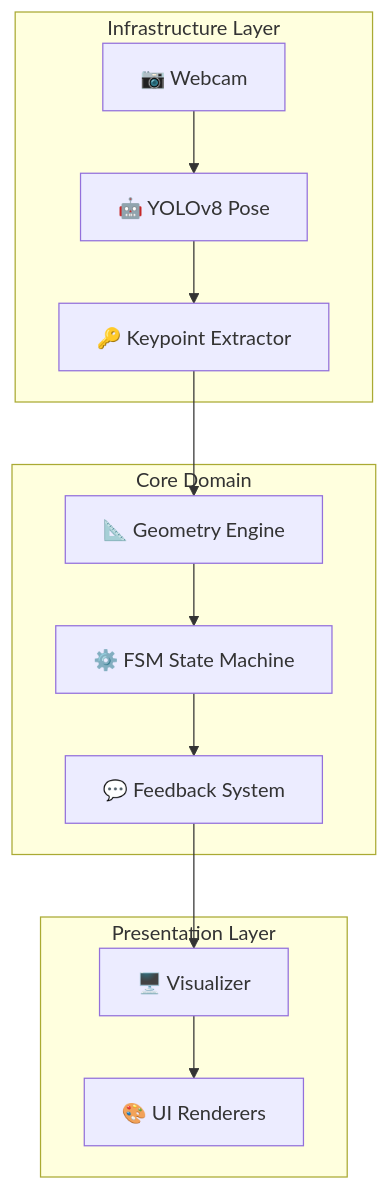
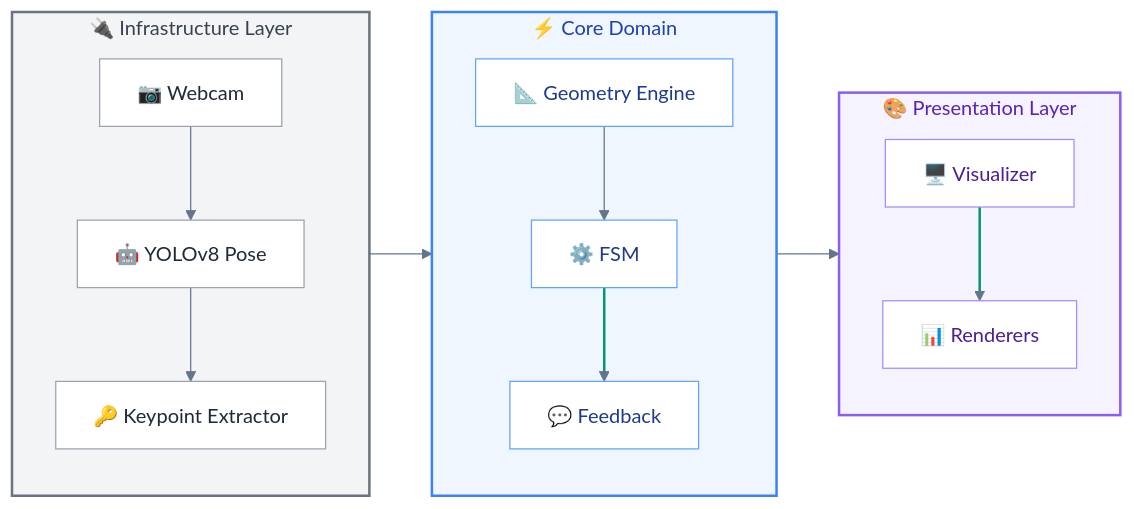
The diagram in README.md (SimoneAndreaCilia/Virtual-AI-Spotter), drawn with Mermaid before and after one commit.

Commit message:
docs: readme update data flow diagram

````diff
--- a/README.md
+++ b/README.md
@@ -59,27 +59,42 @@
 ```mermaid
-graph TD
-    A["📷 Webcam"] --> B["🤖 YOLOv8 Pose"]
-    B --> C["🔑 Keypoint Extractor"]
-    C --> D["📐 Geometry Engine"]
-    D --> E["⚙️ FSM State Machine"]
-    E --> F["💬 Feedback System"]
-    F --> G["🖥️ Visualizer"]
-    G --> H["🎨 UI Renderers"]
-    
-    subgraph "Infrastructure Layer"
-        A
-        B
-        C
+%%{init: {'theme': 'neutral'}}%%
+graph LR
+    subgraph INFRA["🔌 Infrastructure Layer"]
+        direction TB
+        A["📷 Webcam"] --> B["🤖 YOLOv8 Pose"]
+        B --> C["🔑 Keypoint Extractor"]
     end
-    
-    subgraph "Core Domain"
-        D
-        E
-        F
+
+    subgraph CORE["⚡ Core Domain"]
+        direction TB
+        D["📐 Geometry Engine"] --> E["⚙️ FSM"]
+        E --> F["💬 Feedback"]
     end
-    
-    subgraph "Presentation Layer"
-        G
-        H
+
+    subgraph UI["🎨 Presentation Layer"]
+        direction TB
+        G["🖥️ Visualizer"] --> H["📊 Renderers"]
     end
+
+    C ==> D
+    F ==> G
+
+    %% Layer styling - pastel fills, semantic strokes
+    style INFRA fill:#f3f4f6,stroke:#6b7280,stroke-width:2px,color:#374151
+    style CORE fill:#eff6ff,stroke:#3b82f6,stroke-width:2px,color:#1e40af
+    style UI fill:#f5f3ff,stroke:#8b5cf6,stroke-width:2px,color:#5b21b6
+
+    %% Node styling - light backgrounds, dark text
+    style A fill:#ffffff,stroke:#9ca3af,stroke-width:1px,color:#1f2937
+    style B fill:#ffffff,stroke:#9ca3af,stroke-width:1px,color:#1f2937
+    style C fill:#ffffff,stroke:#9ca3af,stroke-width:1px,color:#1f2937
+    style D fill:#ffffff,stroke:#60a5fa,stroke-width:1px,color:#1e3a8a
+    style E fill:#ffffff,stroke:#60a5fa,stroke-width:1px,color:#1e3a8a
+    style F fill:#ffffff,stroke:#60a5fa,stroke-width:1px,color:#1e3a8a
+    style G fill:#ffffff,stroke:#a78bfa,stroke-width:1px,color:#4c1d95
+    style H fill:#ffffff,stroke:#a78bfa,stroke-width:1px,color:#4c1d95
+
+    linkStyle default stroke:#64748b,stroke-width:1px
+    linkStyle 3 stroke:#059669,stroke-width:2px
+    linkStyle 4 stroke:#059669,stroke-width:2px
 ```
````
